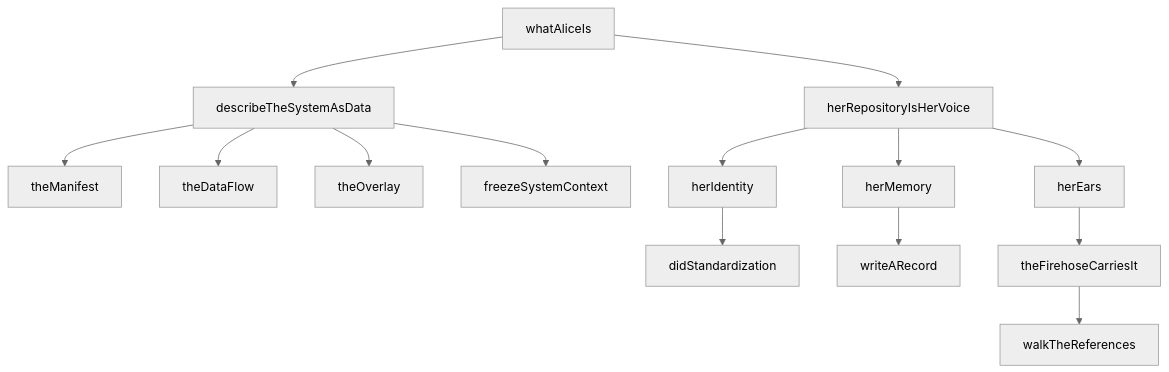
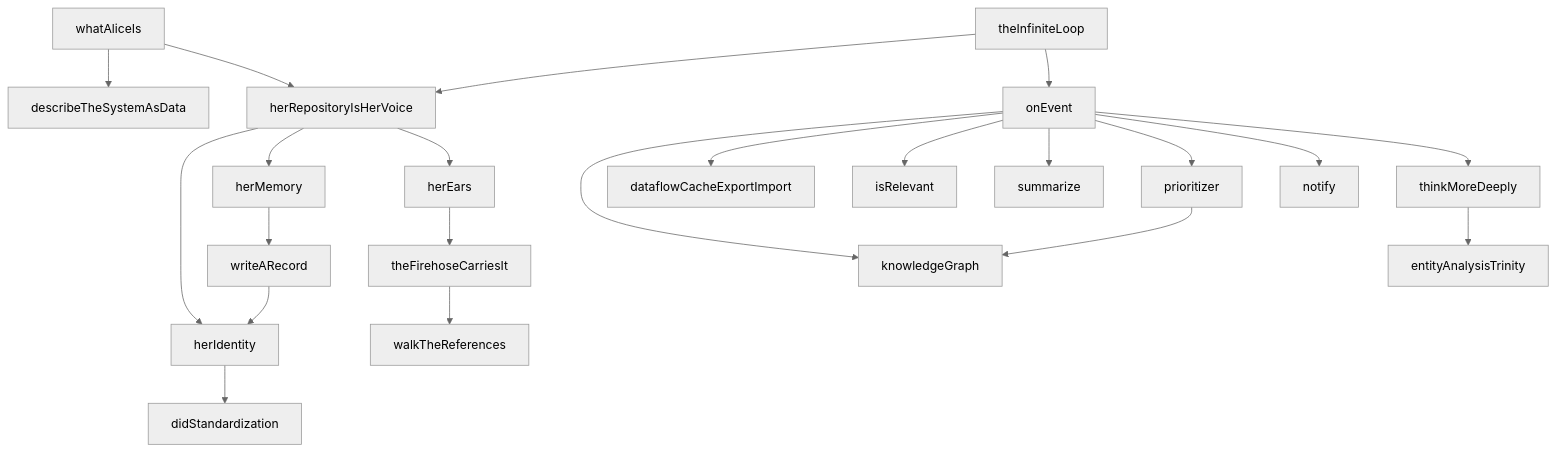
One commit to publicdomainrelay/open-architecture changed the first of 9 diagrams in ARCHITECTURE_REPORT.md. Above: the diagram before and after it, drawn with Mermaid (neutral theme). The commit also changed other lines of this file and 3 other files, not shown here.

````diff
--- a/ARCHITECTURE_REPORT.md
+++ b/ARCHITECTURE_REPORT.md
@@ -79,16 +73,24 @@
 ```mermaid
 graph TD
   whatAliceIs --> describeTheSystemAsData
   whatAliceIs --> herRepositoryIsHerVoice
-  describeTheSystemAsData --> theManifest
-  describeTheSystemAsData --> theDataFlow
-  describeTheSystemAsData --> theOverlay
-  describeTheSystemAsData --> freezeSystemContext
+  theInfiniteLoop --> herRepositoryIsHerVoice
+  theInfiniteLoop --> onEvent
   herRepositoryIsHerVoice --> herIdentity
   herRepositoryIsHerVoice --> herMemory
   herRepositoryIsHerVoice --> herEars
   herIdentity --> didStandardization
   herMemory --> writeARecord
+  writeARecord --> herIdentity
   herEars --> theFirehoseCarriesIt
   theFirehoseCarriesIt --> walkTheReferences
+  onEvent --> knowledgeGraph
+  onEvent --> dataflowCacheExportImport
+  onEvent --> isRelevant
+  onEvent --> summarize
+  onEvent --> prioritizer
+  onEvent --> notify
+  onEvent --> thinkMoreDeeply
+  prioritizer --> knowledgeGraph
+  thinkMoreDeeply --> entityAnalysisTrinity
 ```
````
